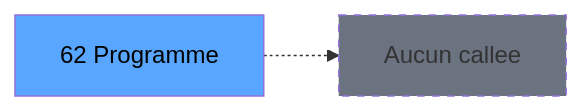
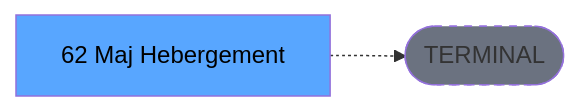
The third of 3 diagrams in .openspec/renders/ADH-IDE-62.md (thonyAGP/lecteur-magic), drawn with Mermaid before and after one commit. The commit also changed other lines of this file and 701 other files, not shown here.

````diff
--- a/.openspec/renders/ADH-IDE-62.md
+++ b/.openspec/renders/ADH-IDE-62.md
@@ -144,8 +135,8 @@
 ```mermaid
 graph LR
-    T[62 Programme]
-    NONE[Aucun callee]
-    T -.-> NONE
+    T[62 Maj Hebergement]
+    TERM([TERMINAL])
+    T -.-> TERM
+    style TERM fill:#6b7280,stroke-dasharray: 5 5
     style T fill:#58a6ff,color:#000
-    style NONE fill:#6b7280,stroke-dasharray: 5 5
 ```
````
